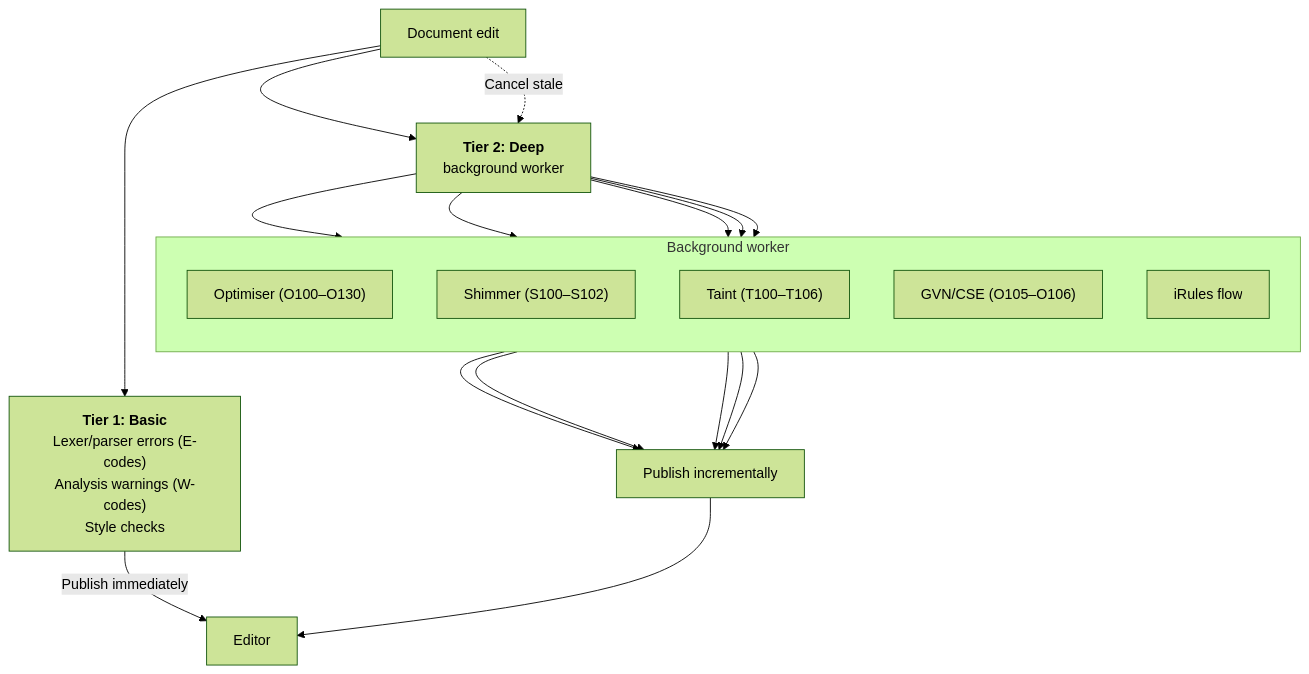
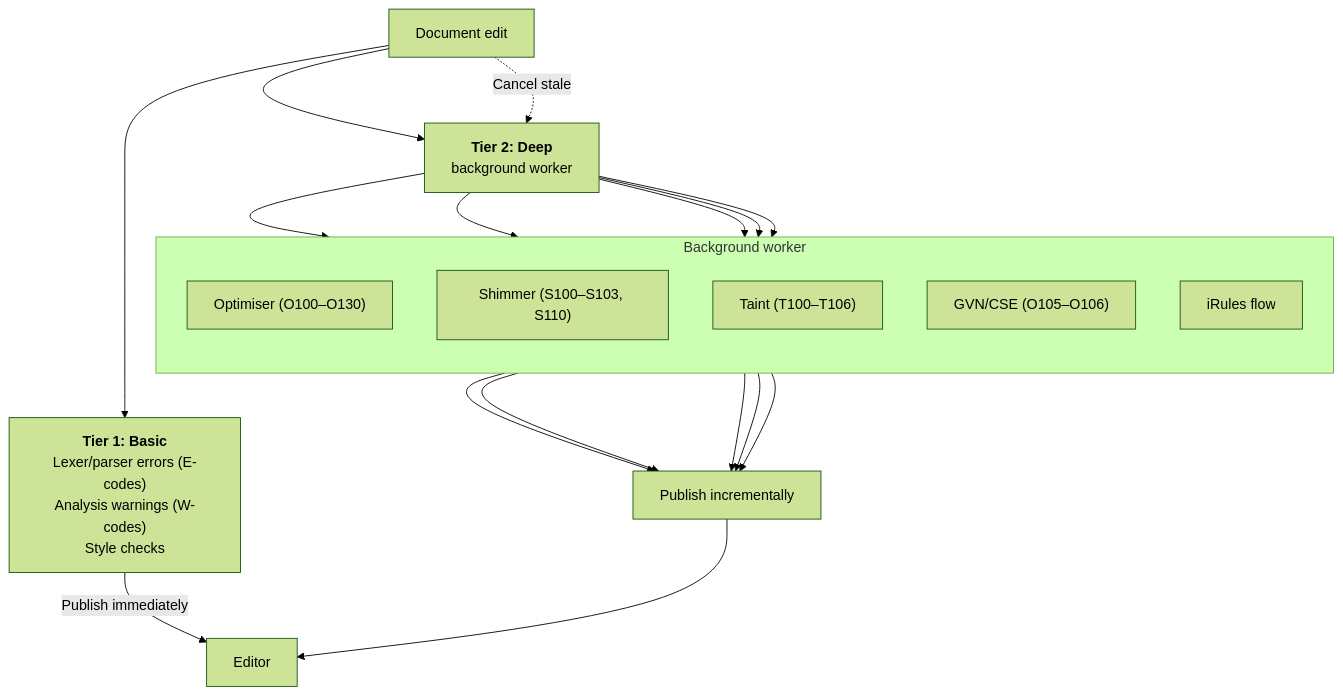
Before and after one commit to bitwisecook/tcl-lsp: diagram 19 of 20 in docs/design/compiler-architecture.md, drawn with Mermaid (forest theme). The commit also changed other lines of this file and 5 other files, not shown here.

````diff
--- a/docs/design/compiler-architecture.md
+++ b/docs/design/compiler-architecture.md
@@ -681,31 +815,31 @@
 ```mermaid
 flowchart TD
     EDIT["Document edit"] --> BASIC["<b>Tier 1: Basic</b><br/>Lexer/parser errors (E-codes)<br/>Analysis warnings (W-codes)<br/>Style checks"]
     BASIC -->|"Publish immediately"| ED["Editor"]
 
     EDIT --> DEEP["<b>Tier 2: Deep</b><br/>background worker"]
 
     subgraph "Background worker"
         direction TB
         OPT["Optimiser (O100–O130)"]
-        SHIM["Shimmer (S100–S102)"]
+        SHIM["Shimmer (S100–S103, S110)"]
         TAINT["Taint (T100–T106)"]
         GVN["GVN/CSE (O105–O106)"]
         IFLOW["iRules flow"]
     end
 
     DEEP --> OPT
     DEEP --> SHIM
     DEEP --> TAINT
     DEEP --> GVN
     DEEP --> IFLOW
 
     OPT --> PUB["Publish incrementally"]
     SHIM --> PUB
     TAINT --> PUB
     GVN --> PUB
     IFLOW --> PUB
     PUB --> ED
 
     EDIT -.->|"Cancel stale"| DEEP
 ```
````
